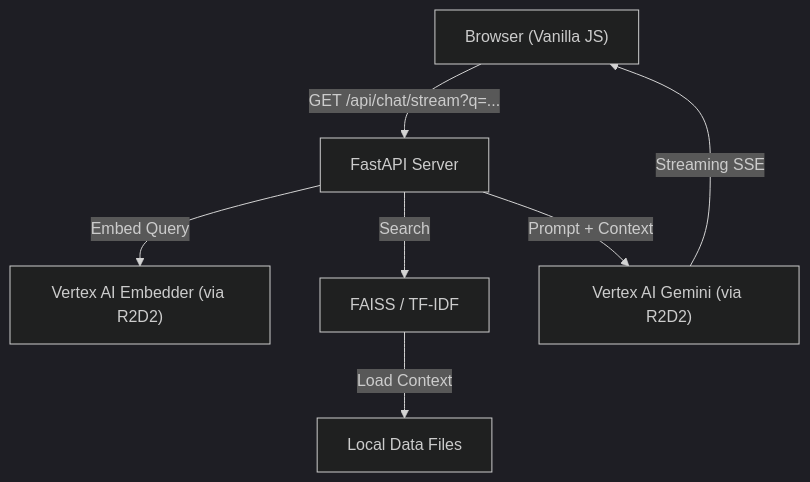
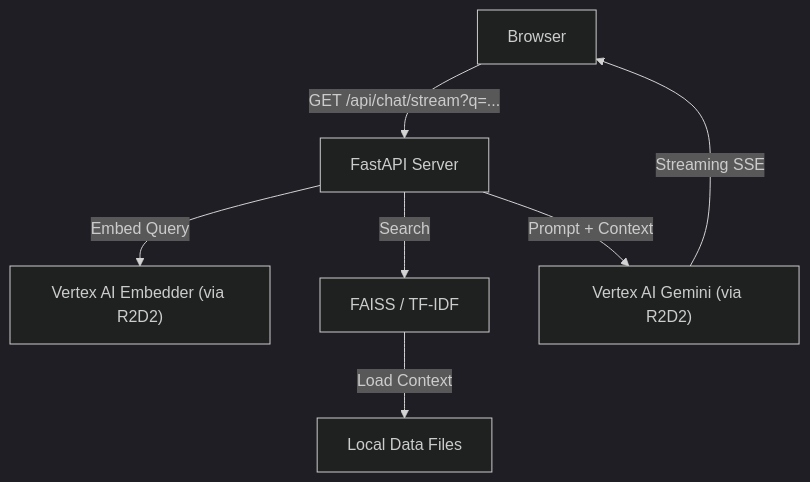
Before and after one commit to sana-work/rag-poc: the diagram in ARCHITECTURE.md, drawn with Mermaid (dark theme). The commit also changed other lines of this file and 6 other files, not shown here.

````diff
--- a/ARCHITECTURE.md
+++ b/ARCHITECTURE.md
@@ -9,9 +9,9 @@
 ```mermaid
 graph TD
-    Client["Browser (Vanilla JS)"] -- "GET /api/chat/stream?q=..." --> API["FastAPI Server"]
+    Client["Browser"] -- "GET /api/chat/stream?q=..." --> API["FastAPI Server"]
     API -- "Embed Query" --> Embedder["Vertex AI Embedder (via R2D2)"]
     API -- "Search" --> Retriever["FAISS / TF-IDF"]
     Retriever -- "Load Context" --> Files["Local Data Files"]
     API -- "Prompt + Context" --> LLM["Vertex AI Gemini (via R2D2)"]
     LLM -- "Streaming SSE" --> Client
 ```
````
